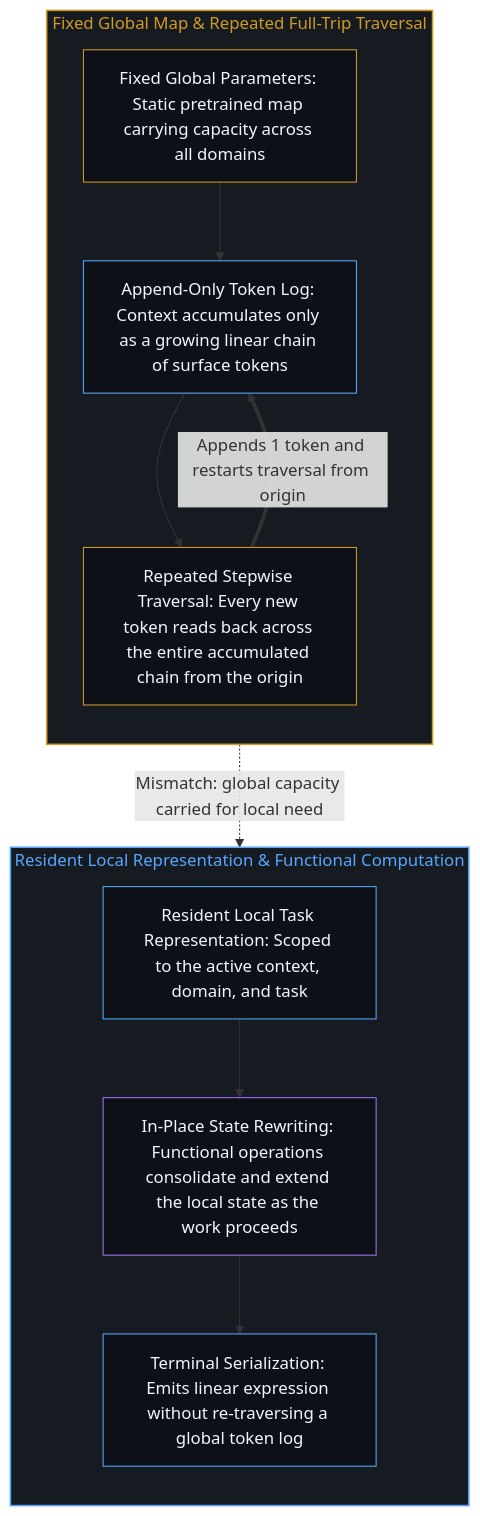
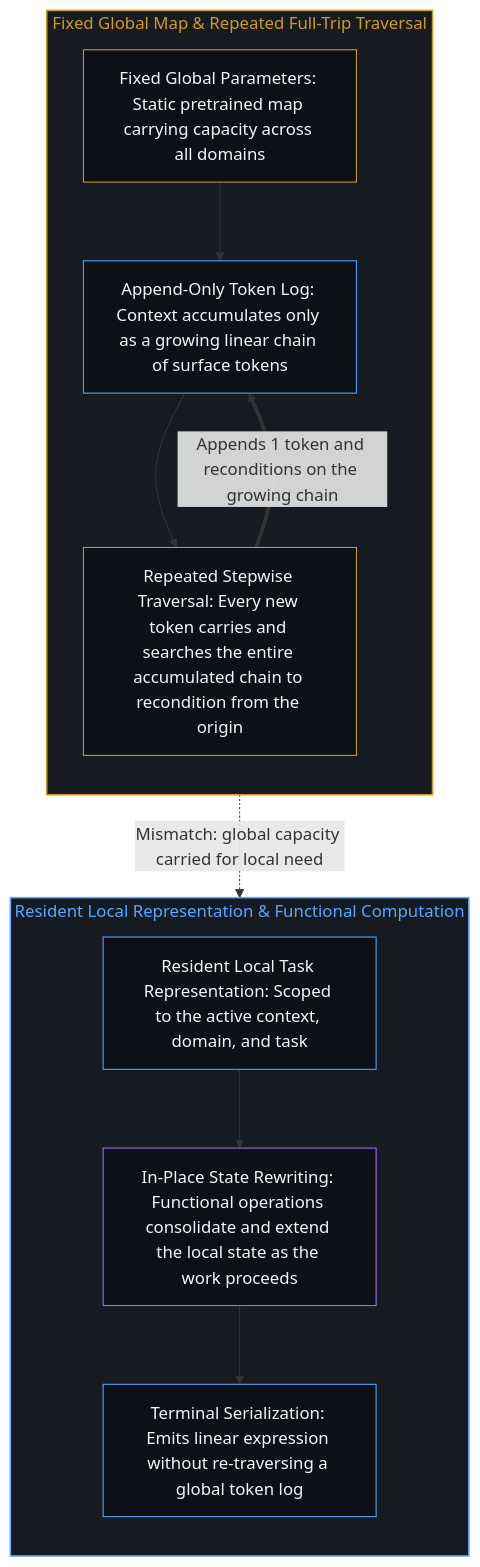
Before and after one commit to powerpig99/not-a-toe: the fourth of 4 diagrams in content/posts/the-fixed-map-and-the-repeated-trip.md, drawn with Mermaid. The commit also changed other lines of this file and 7 other files, not shown here.

````diff
--- a/content/posts/the-fixed-map-and-the-repeated-trip.md
+++ b/content/posts/the-fixed-map-and-the-repeated-trip.md
@@ -123,27 +123,27 @@
 ```mermaid
 flowchart TD
     subgraph S_Global["Fixed Global Map & Repeated Full-Trip Traversal"]
         direction TB
         G_Map["Fixed Global Parameters: Static pretrained map carrying capacity across all domains"]
         G_Chain["Append-Only Token Log: Context accumulates only as a growing linear chain of surface tokens"]
-        G_Trip["Repeated Stepwise Traversal: Every new token reads back across the entire accumulated chain from the origin"]
+        G_Trip["Repeated Stepwise Traversal: Every new token carries and searches the entire accumulated chain to recondition from the origin"]
         G_Map --> G_Chain --> G_Trip
-        G_Trip ==>|"Appends 1 token and restarts traversal from origin"| G_Chain
+        G_Trip ==>|"Appends 1 token and reconditions on the growing chain"| G_Chain
     end
     subgraph S_Local["Resident Local Representation & Functional Computation"]
         direction TB
         L_Map["Resident Local Task Representation: Scoped to the active context, domain, and task"]
         L_Ext["In-Place State Rewriting: Functional operations consolidate and extend the local state as the work proceeds"]
         L_Decode["Terminal Serialization: Emits linear expression without re-traversing a global token log"]
         L_Map --> L_Ext --> L_Decode
     end
     G_Trip -.->|"Mismatch: global capacity carried for local need"| L_Map
     style S_Global fill:#161b22,stroke:#d29922,stroke-width:1.5px,color:#d29922
     style S_Local fill:#161b22,stroke:#58a6ff,stroke-width:1.5px,color:#58a6ff
     style G_Map fill:#0d1117,stroke:#d29922,stroke-width:1px,color:#f0f6fc
     style G_Chain fill:#0d1117,stroke:#58a6ff,stroke-width:1px,color:#f0f6fc
     style G_Trip fill:#0d1117,stroke:#d29922,stroke-width:1px,color:#f0f6fc
     style L_Map fill:#0d1117,stroke:#58a6ff,stroke-width:1px,color:#f0f6fc
     style L_Ext fill:#0d1117,stroke:#a371f7,stroke-width:1px,color:#f0f6fc
     style L_Decode fill:#0d1117,stroke:#58a6ff,stroke-width:1px,color:#f0f6fc
 ```
````
